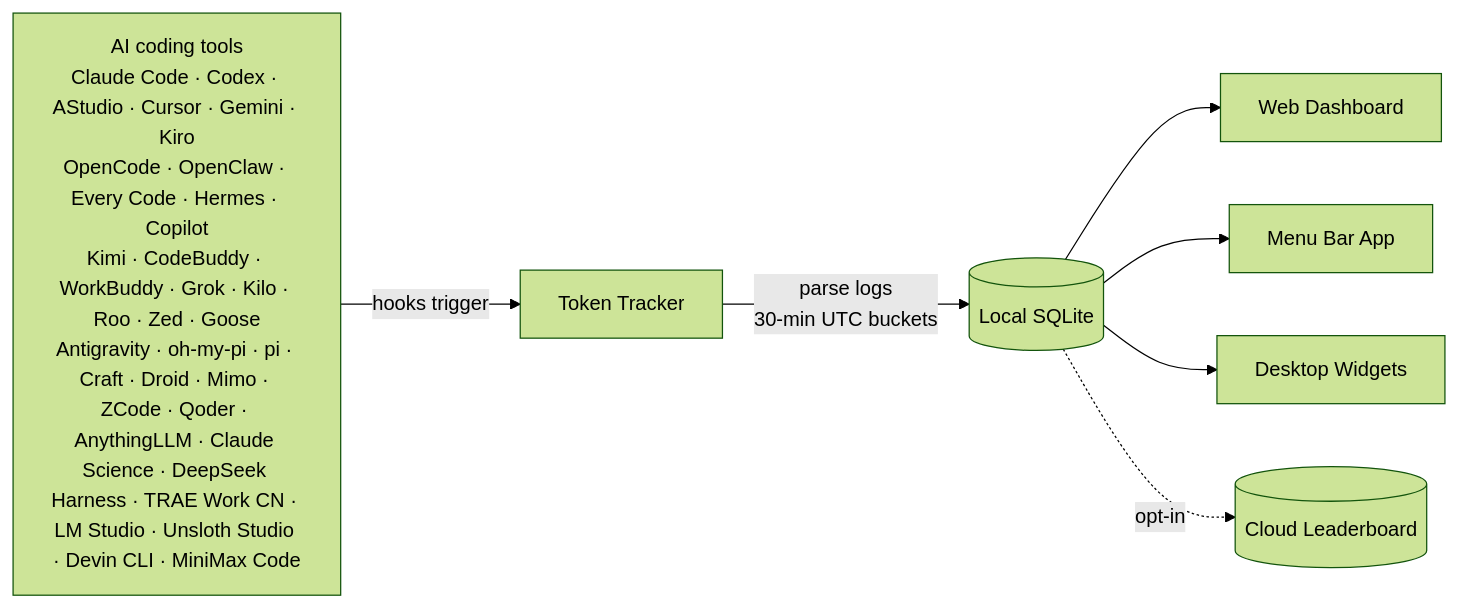
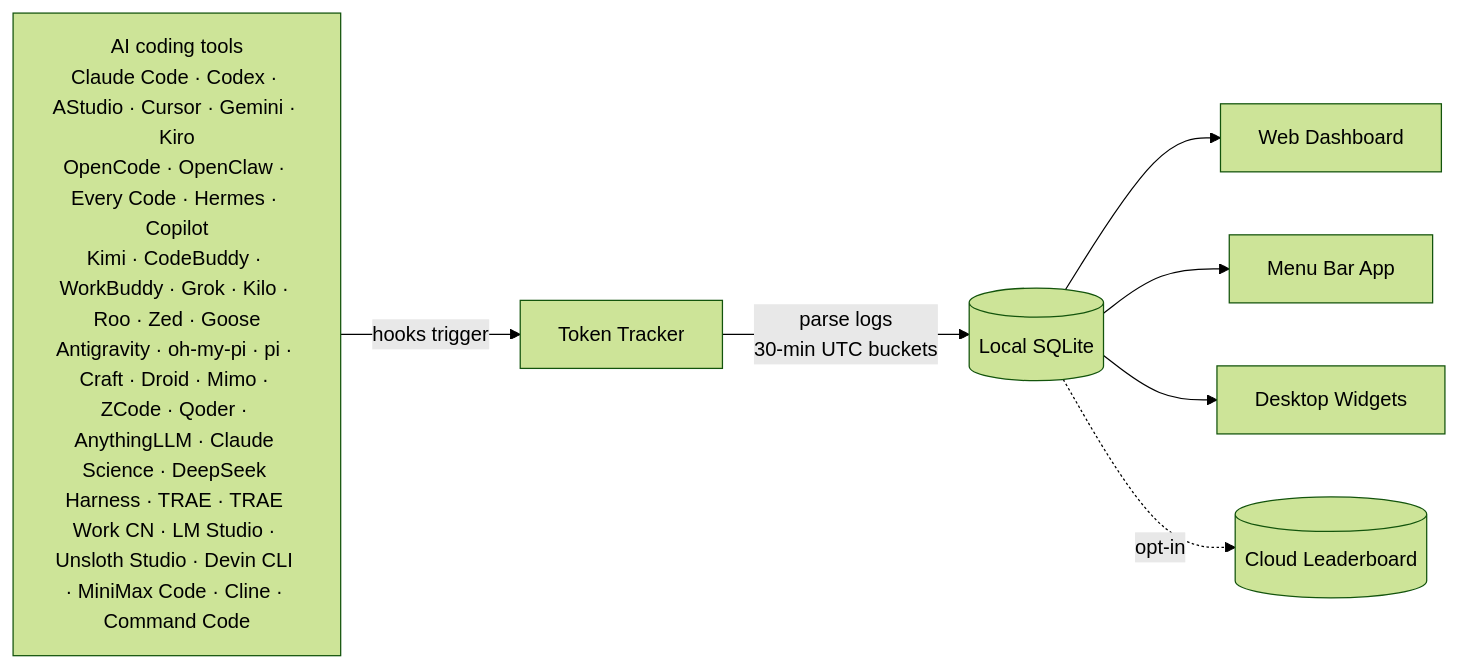
One commit to 1490459250li-hub/TokenTracker changed the diagram in README.ja.md. Above: the diagram before and after it, drawn with Mermaid (forest theme). The commit also changed other lines of this file and 50 other files, not shown here.

````diff
--- a/README.ja.md
+++ b/README.ja.md
@@ -243,10 +244,10 @@
 ```mermaid
 flowchart LR
-    A["AI coding tools<br/>Claude Code · Codex · AStudio · Cursor · Gemini · Kiro<br/>OpenCode · OpenClaw · Every Code · Hermes · Copilot<br/>Kimi · CodeBuddy · WorkBuddy · Grok · Kilo · Roo · Zed · Goose<br/>Antigravity · oh-my-pi · pi · Craft · Droid · Mimo · ZCode · Qoder · AnythingLLM · Claude Science · DeepSeek Harness · TRAE Work CN · LM Studio · Unsloth Studio · Devin CLI · MiniMax Code"]
+    A["AI coding tools<br/>Claude Code · Codex · AStudio · Cursor · Gemini · Kiro<br/>OpenCode · OpenClaw · Every Code · Hermes · Copilot<br/>Kimi · CodeBuddy · WorkBuddy · Grok · Kilo · Roo · Zed · Goose<br/>Antigravity · oh-my-pi · pi · Craft · Droid · Mimo · ZCode · Qoder · AnythingLLM · Claude Science · DeepSeek Harness · TRAE · TRAE Work CN · LM Studio · Unsloth Studio · Devin CLI · MiniMax Code · Cline · Command Code"]
     A -->|hooks trigger| B[Token Tracker]
     B -->|parse logs<br/>30-min UTC buckets| C[(Local SQLite)]
     C --> D[Web Dashboard]
     C --> E[Menu Bar App]
     C --> F[Desktop Widgets]
     C -.->|opt-in| G[(Cloud Leaderboard)]
 ```
````
